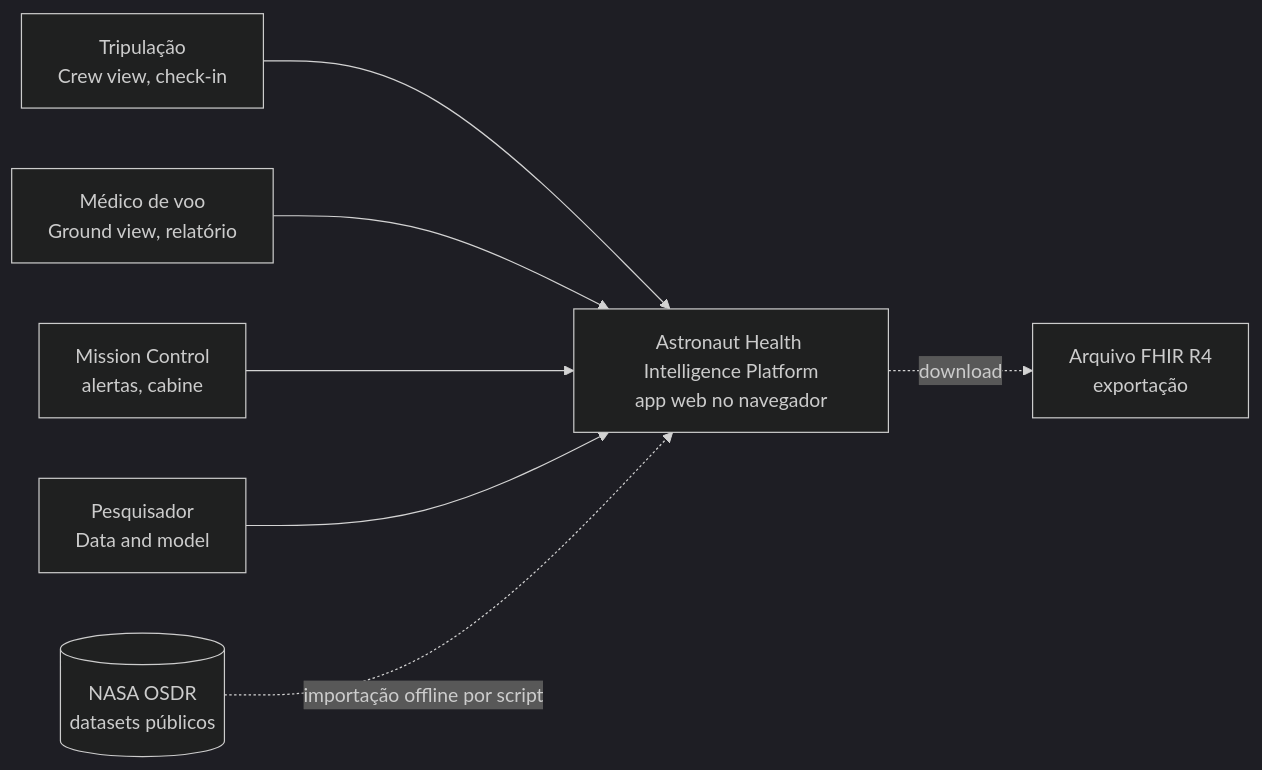
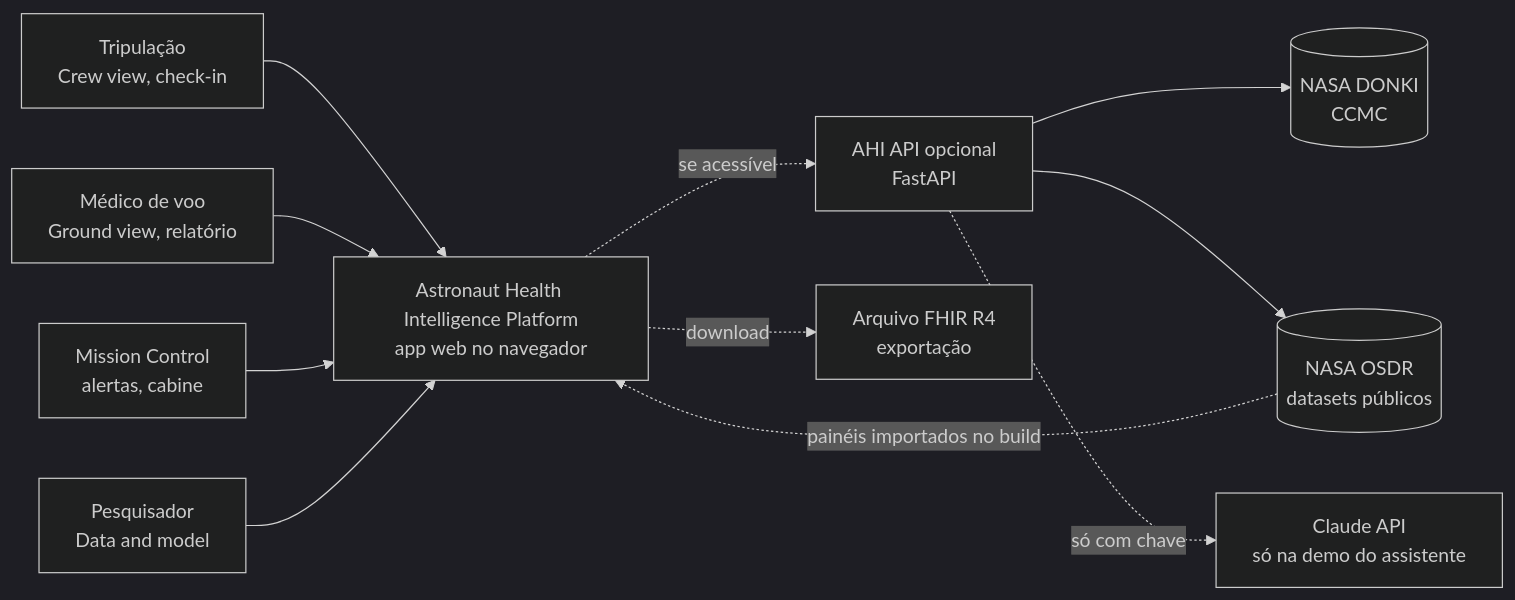
The first of 3 diagrams in docs-site/pt/architecture/overview.md (Gabrieldiv/astronaut-health-intelligence-platform), drawn with Mermaid (dark theme) before and after one commit. The commit also changed other lines of this file and 40 other files, not shown here.

````diff
--- a/docs-site/pt/architecture/overview.md
+++ b/docs-site/pt/architecture/overview.md
@@ -40,16 +46,23 @@
 ```mermaid
 flowchart LR
     CREW[Tripulação<br/>Crew view, check-in]
     FS[Médico de voo<br/>Ground view, relatório]
     MC[Mission Control<br/>alertas, cabine]
     RES[Pesquisador<br/>Data and model]
     AHI[Astronaut Health Intelligence Platform<br/>app web no navegador]
+    API[AHI API opcional<br/>FastAPI]
     OSDR[(NASA OSDR<br/>datasets públicos)]
+    DONKI[(NASA DONKI<br/>CCMC)]
+    CLAUDE[Claude API<br/>só na demo do assistente]
     FILE[Arquivo FHIR R4<br/>exportação]
     CREW --> AHI
     FS --> AHI
     MC --> AHI
     RES --> AHI
-    OSDR -. importação offline por script .-> AHI
+    OSDR -. painéis importados no build .-> AHI
+    AHI -. se acessível .-> API
+    API --> DONKI
+    API --> OSDR
+    API -. só com chave .-> CLAUDE
     AHI -. download .-> FILE
 ```
````
